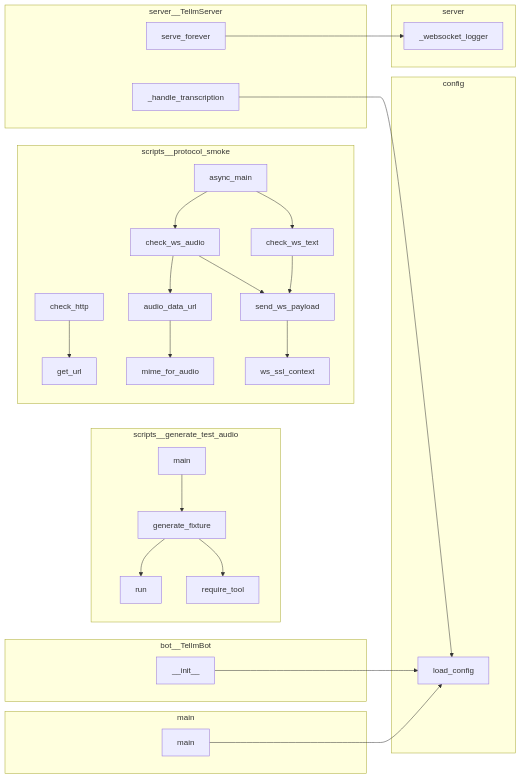
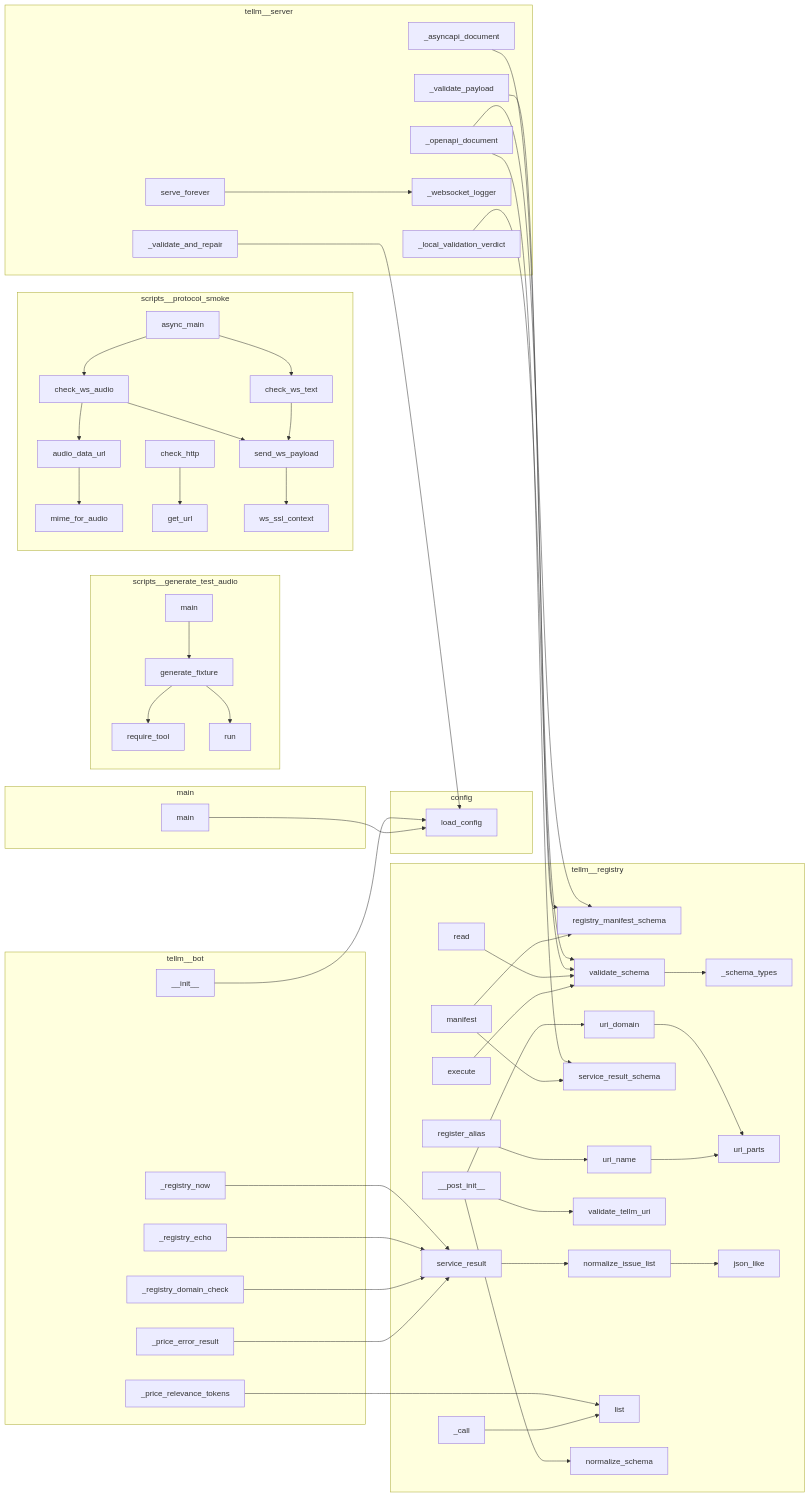
One commit to wronai/tellm changed the diagram in project/calls.mmd. Above: the diagram before and after it, drawn with Mermaid. The commit also changed 43 other files, not shown here.

```diff
--- a/project/calls.mmd
+++ b/project/calls.mmd
@@ -1,50 +1,102 @@
 flowchart LR
 %% generated in 0.00s
-    subgraph bot__TellmBot
-        bot__TellmBot____init__["__init__"]
-    end
     subgraph config
         config__load_config["load_config"]
     end
     subgraph main
         main__main["main"]
     end
     subgraph scripts__generate_test_audio
+        scripts__generate_test_audio__require_tool["require_tool"]
         scripts__generate_test_audio__main["main"]
+        scripts__generate_test_audio__generate_fixture["generate_fixture"]
         scripts__generate_test_audio__run["run"]
-        scripts__generate_test_audio__generate_fixture["generate_fixture"]
-        scripts__generate_test_audio__require_tool["require_tool"]
     end
     subgraph scripts__protocol_smoke
+        scripts__protocol_smoke__mime_for_audio["mime_for_audio"]
+        scripts__protocol_smoke__send_ws_payload["send_ws_payload"]
+        scripts__protocol_smoke__async_main["async_main"]
+        scripts__protocol_smoke__check_http["check_http"]
+        scripts__protocol_smoke__get_url["get_url"]
+        scripts__protocol_smoke__check_ws_text["check_ws_text"]
+        scripts__protocol_smoke__check_ws_audio["check_ws_audio"]
+        scripts__protocol_smoke__ws_ssl_context["ws_ssl_context"]
         scripts__protocol_smoke__audio_data_url["audio_data_url"]
-        scripts__protocol_smoke__mime_for_audio["mime_for_audio"]
-        scripts__protocol_smoke__check_ws_text["check_ws_text"]
-        scripts__protocol_smoke__check_http["check_http"]
-        scripts__protocol_smoke__ws_ssl_context["ws_ssl_context"]
-        scripts__protocol_smoke__check_ws_audio["check_ws_audio"]
-        scripts__protocol_smoke__get_url["get_url"]
-        scripts__protocol_smoke__async_main["async_main"]
-        scripts__protocol_smoke__send_ws_payload["send_ws_payload"]
     end
-    subgraph server
-        server___websocket_logger["_websocket_logger"]
+    subgraph tellm__bot
+        tellm__bot__TellmBot___registry_now["_registry_now"]
+        tellm__bot__TellmBot____init__["__init__"]
+        tellm__bot__TellmBot___price_error_result["_price_error_result"]
+        tellm__bot__TellmBot___registry_domain_check["_registry_domain_check"]
+        tellm__bot__TellmBot___registry_echo["_registry_echo"]
+        tellm__bot__TellmBot___price_relevance_tokens["_price_relevance_tokens"]
     end
-    subgraph server__TellmServer
-        server__TellmServer__serve_forever["serve_forever"]
-        server__TellmServer___handle_transcription["_handle_transcription"]
+    subgraph tellm__registry
+        tellm__registry__core__registry_manifest_schema["registry_manifest_schema"]
+        tellm__registry__core__ResourceRegistry__read["read"]
+        tellm__registry__core__uri_domain["uri_domain"]
+        tellm__registry__core__ResourceRegistry___call["_call"]
+        tellm__registry__core__uri_name["uri_name"]
+        tellm__registry__core__ResourceRegistry__manifest["manifest"]
+        tellm__registry__core__service_result_schema["service_result_schema"]
+        tellm__registry__core___schema_types["_schema_types"]
+        tellm__registry__core__ResourceRegistry__register_alias["register_alias"]
+        tellm__registry__core__uri_parts["uri_parts"]
+        tellm__registry__core__service_result["service_result"]
+        tellm__registry__core__normalize_issue_list["normalize_issue_list"]
+        tellm__registry__core__validate_tellm_uri["validate_tellm_uri"]
+        tellm__registry__core__validate_schema["validate_schema"]
+        tellm__registry__core__ResourceRegistry__execute["execute"]
+        tellm__registry__core__ResourceRegistry__list["list"]
+        tellm__registry__core__json_like["json_like"]
+        tellm__registry__core__RegistryEntry____post_init__["__post_init__"]
+        tellm__registry__core__normalize_schema["normalize_schema"]
     end
-    server__TellmServer___handle_transcription --> config__load_config
-    server__TellmServer__serve_forever --> server___websocket_logger
-    bot__TellmBot____init__ --> config__load_config
-    main__main --> config__load_config
+    subgraph tellm__server
+        tellm__server___asyncapi_document["_asyncapi_document"]
+        tellm__server__TellmServer___validate_payload["_validate_payload"]
+        tellm__server__TellmServer___local_validation_verdict["_local_validation_verdict"]
+        tellm__server___websocket_logger["_websocket_logger"]
+        tellm__server___openapi_document["_openapi_document"]
+        tellm__server__TellmServer___validate_and_repair["_validate_and_repair"]
+        tellm__server__TellmServer__serve_forever["serve_forever"]
+    end
     scripts__generate_test_audio__generate_fixture --> scripts__generate_test_audio__run
     scripts__generate_test_audio__generate_fixture --> scripts__generate_test_audio__require_tool
     scripts__generate_test_audio__main --> scripts__generate_test_audio__generate_fixture
     scripts__protocol_smoke__check_http --> scripts__protocol_smoke__get_url
     scripts__protocol_smoke__audio_data_url --> scripts__protocol_smoke__mime_for_audio
     scripts__protocol_smoke__send_ws_payload --> scripts__protocol_smoke__ws_ssl_context
     scripts__protocol_smoke__check_ws_text --> scripts__protocol_smoke__send_ws_payload
     scripts__protocol_smoke__check_ws_audio --> scripts__protocol_smoke__audio_data_url
     scripts__protocol_smoke__check_ws_audio --> scripts__protocol_smoke__send_ws_payload
     scripts__protocol_smoke__async_main --> scripts__protocol_smoke__check_ws_text
     scripts__protocol_smoke__async_main --> scripts__protocol_smoke__check_ws_audio
+    tellm__server___openapi_document --> tellm__registry__core__registry_manifest_schema
+    tellm__server___openapi_document --> tellm__registry__core__service_result_schema
+    tellm__server___asyncapi_document --> tellm__registry__core__registry_manifest_schema
+    tellm__server__TellmServer___validate_payload --> tellm__registry__core__validate_schema
+    tellm__server__TellmServer___local_validation_verdict --> tellm__registry__core__validate_schema
+    tellm__server__TellmServer___validate_and_repair --> config__load_config
+    tellm__server__TellmServer__serve_forever --> tellm__server___websocket_logger
+    tellm__bot__TellmBot____init__ --> config__load_config
+    tellm__bot__TellmBot___registry_now --> tellm__registry__core__service_result
+    tellm__bot__TellmBot___registry_echo --> tellm__registry__core__service_result
+    tellm__bot__TellmBot___registry_domain_check --> tellm__registry__core__service_result
+    tellm__bot__TellmBot___price_relevance_tokens --> tellm__registry__core__ResourceRegistry__list
+    tellm__bot__TellmBot___price_error_result --> tellm__registry__core__service_result
+    main__main --> config__load_config
+    tellm__registry__core__uri_domain --> tellm__registry__core__uri_parts
+    tellm__registry__core__uri_name --> tellm__registry__core__uri_parts
+    tellm__registry__core__validate_schema --> tellm__registry__core___schema_types
+    tellm__registry__core__normalize_issue_list --> tellm__registry__core__json_like
+    tellm__registry__core__service_result --> tellm__registry__core__normalize_issue_list
+    tellm__registry__core__RegistryEntry____post_init__ --> tellm__registry__core__normalize_schema
+    tellm__registry__core__RegistryEntry____post_init__ --> tellm__registry__core__validate_tellm_uri
+    tellm__registry__core__RegistryEntry____post_init__ --> tellm__registry__core__uri_domain
+    tellm__registry__core__ResourceRegistry__register_alias --> tellm__registry__core__uri_name
+    tellm__registry__core__ResourceRegistry__manifest --> tellm__registry__core__registry_manifest_schema
+    tellm__registry__core__ResourceRegistry__manifest --> tellm__registry__core__service_result_schema
+    tellm__registry__core__ResourceRegistry__read --> tellm__registry__core__validate_schema
+    tellm__registry__core__ResourceRegistry__execute --> tellm__registry__core__validate_schema
+    tellm__registry__core__ResourceRegistry___call --> tellm__registry__core__ResourceRegistry__list
```
